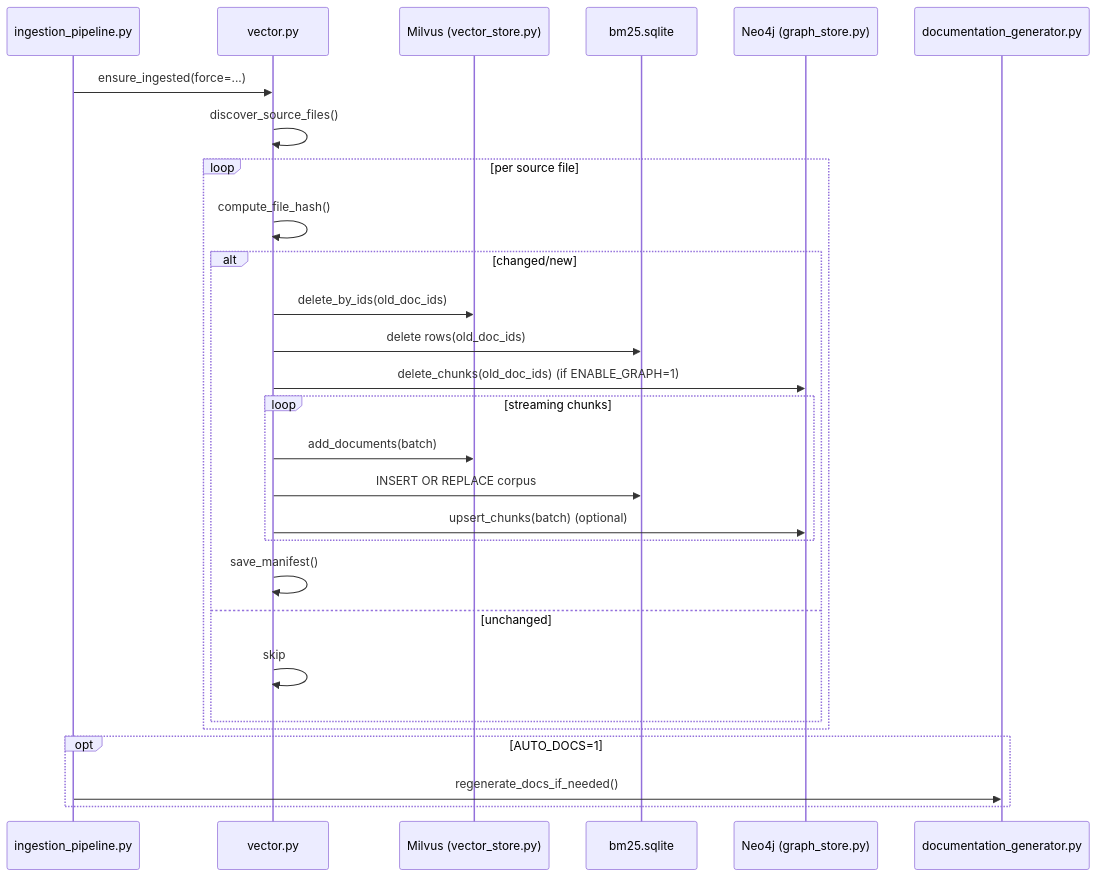
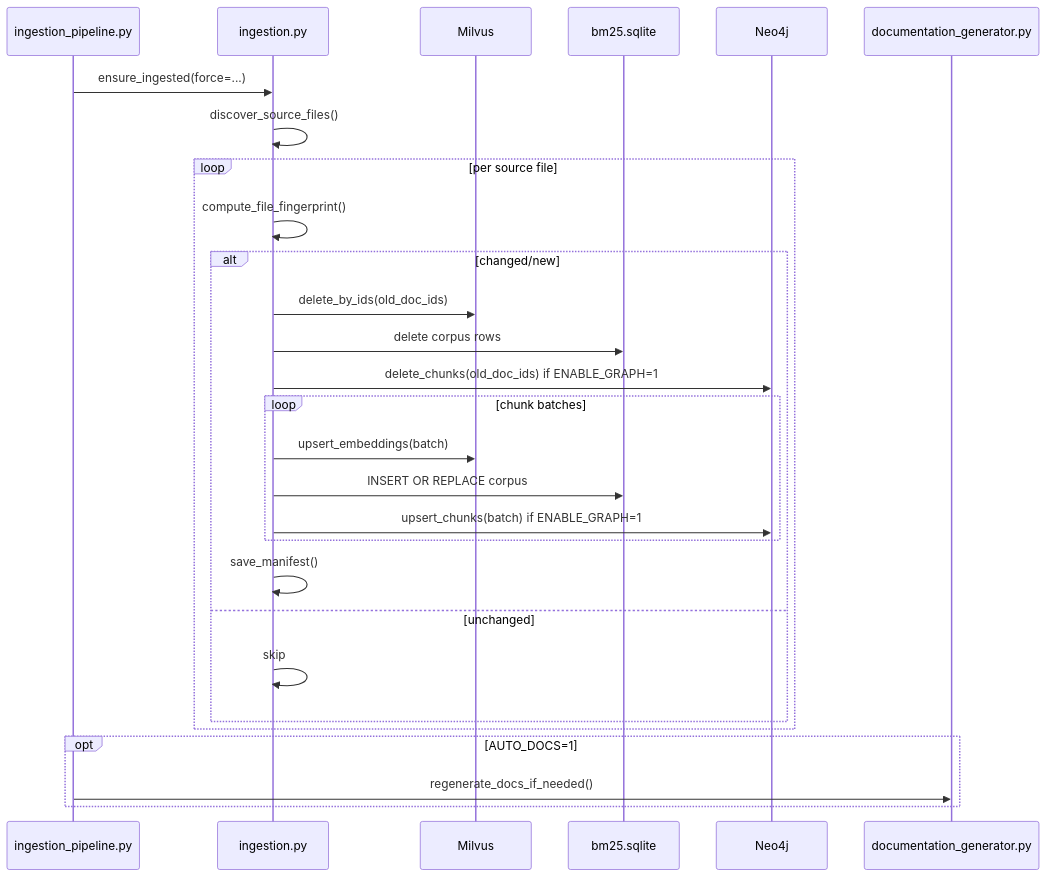
Before and after one commit to lakshay-2404/LegalAid-AI-Agent: the second of 13 diagrams in README.md, drawn with Mermaid. The commit also changed other lines of this file and 28 other files, not shown here.

````diff
--- a/README.md
+++ b/README.md
@@ -79,31 +130,31 @@
 ```mermaid
 sequenceDiagram
   participant CLI as ingestion_pipeline.py
-  participant V as vector.py
-  participant MV as Milvus (vector_store.py)
+  participant ING as ingestion.py
+  participant MV as Milvus
   participant BM as bm25.sqlite
-  participant G as Neo4j (graph_store.py)
-  participant D as documentation_generator.py
+  participant GS as Neo4j
+  participant DOC as documentation_generator.py
 
-  CLI->>V: ensure_ingested(force=...)
-  V->>V: discover_source_files()
+  CLI->>ING: ensure_ingested(force=...)
+  ING->>ING: discover_source_files()
   loop per source file
-    V->>V: compute_file_hash()
+    ING->>ING: compute_file_fingerprint()
     alt changed/new
-      V->>MV: delete_by_ids(old_doc_ids)
-      V->>BM: delete rows(old_doc_ids)
-      V->>G: delete_chunks(old_doc_ids) (if ENABLE_GRAPH=1)
-      loop streaming chunks
-        V->>MV: add_documents(batch)
-        V->>BM: INSERT OR REPLACE corpus
-        V->>G: upsert_chunks(batch) (optional)
+      ING->>MV: delete_by_ids(old_doc_ids)
+      ING->>BM: delete corpus rows
+      ING->>GS: delete_chunks(old_doc_ids) if ENABLE_GRAPH=1
+      loop chunk batches
+        ING->>MV: upsert_embeddings(batch)
+        ING->>BM: INSERT OR REPLACE corpus
+        ING->>GS: upsert_chunks(batch) if ENABLE_GRAPH=1
       end
-      V->>V: save_manifest()
+      ING->>ING: save_manifest()
     else unchanged
-      V->>V: skip
+      ING->>ING: skip
     end
   end
   opt AUTO_DOCS=1
-    CLI->>D: regenerate_docs_if_needed()
+    CLI->>DOC: regenerate_docs_if_needed()
   end
 ```
````
